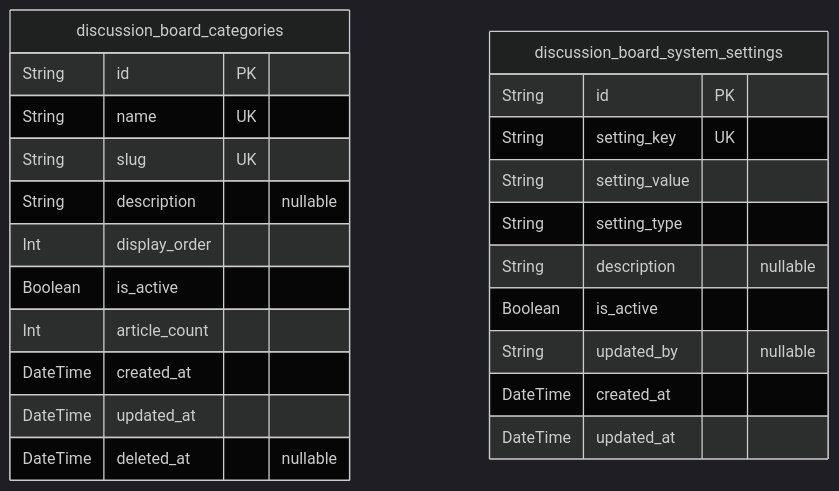
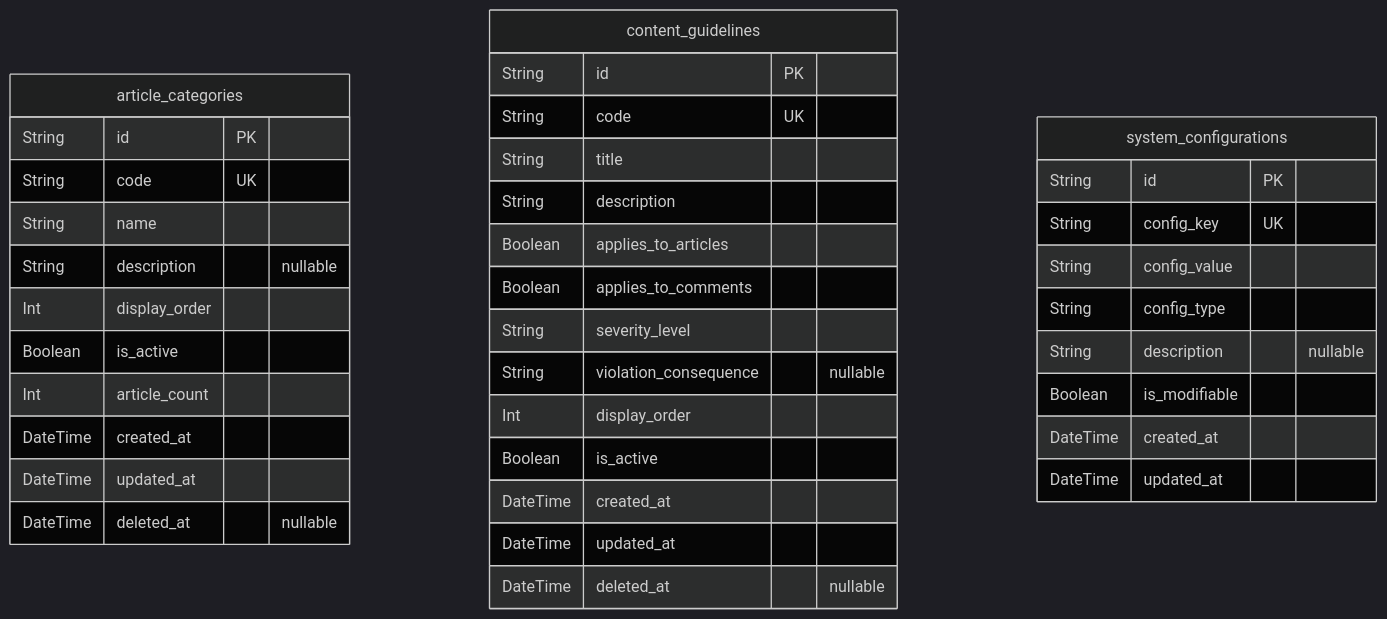
The first of 6 diagrams in anthropic/claude-haiku-4.5/bbs/docs/ERD.md (wrtnlabs/autobe-examples), drawn with Mermaid (dark theme) before and after one commit. The commit also changed other lines of this file and 3569 other files, not shown here.

````diff
--- a/anthropic/claude-haiku-4.5/bbs/docs/ERD.md
+++ b/anthropic/claude-haiku-4.5/bbs/docs/ERD.md
@@ -15,26 +14,40 @@
 ```mermaid
 erDiagram
-"discussion_board_categories" {
+"article_categories" {
   String id PK
-  String name UK
-  String slug UK
+  String code UK
+  String name
   String description "nullable"
   Int display_order
   Boolean is_active
   Int article_count
   DateTime created_at
   DateTime updated_at
   DateTime deleted_at "nullable"
 }
-"discussion_board_system_settings" {
+"content_guidelines" {
   String id PK
-  String setting_key UK
-  String setting_value
-  String setting_type
+  String code UK
+  String title
+  String description
+  Boolean applies_to_articles
+  Boolean applies_to_comments
+  String severity_level
+  String violation_consequence "nullable"
+  Int display_order
+  Boolean is_active
+  DateTime created_at
+  DateTime updated_at
+  DateTime deleted_at "nullable"
+}
+"system_configurations" {
+  String id PK
+  String config_key UK
+  String config_value
+  String config_type
   String description "nullable"
-  Boolean is_active
-  String updated_by "nullable"
+  Boolean is_modifiable
   DateTime created_at
   DateTime updated_at
 }
 ```
````
